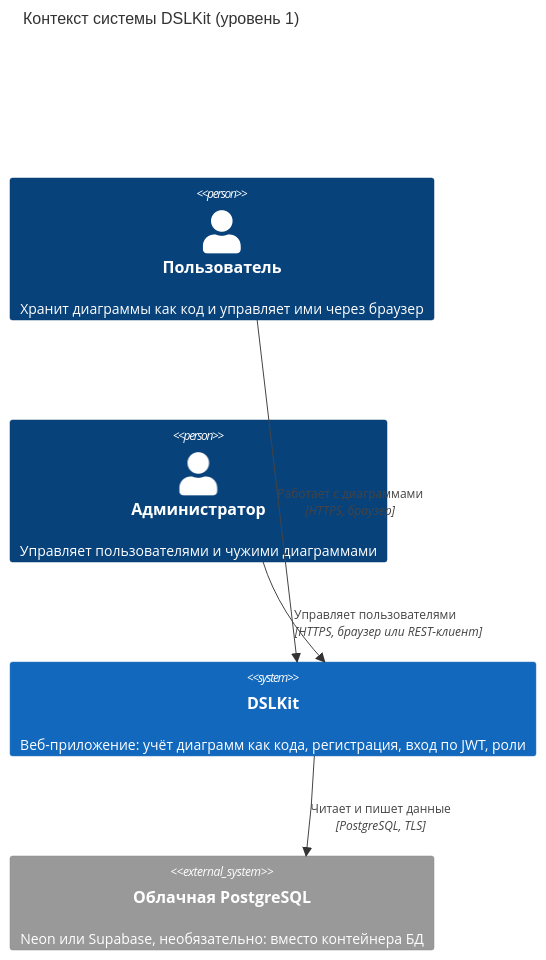
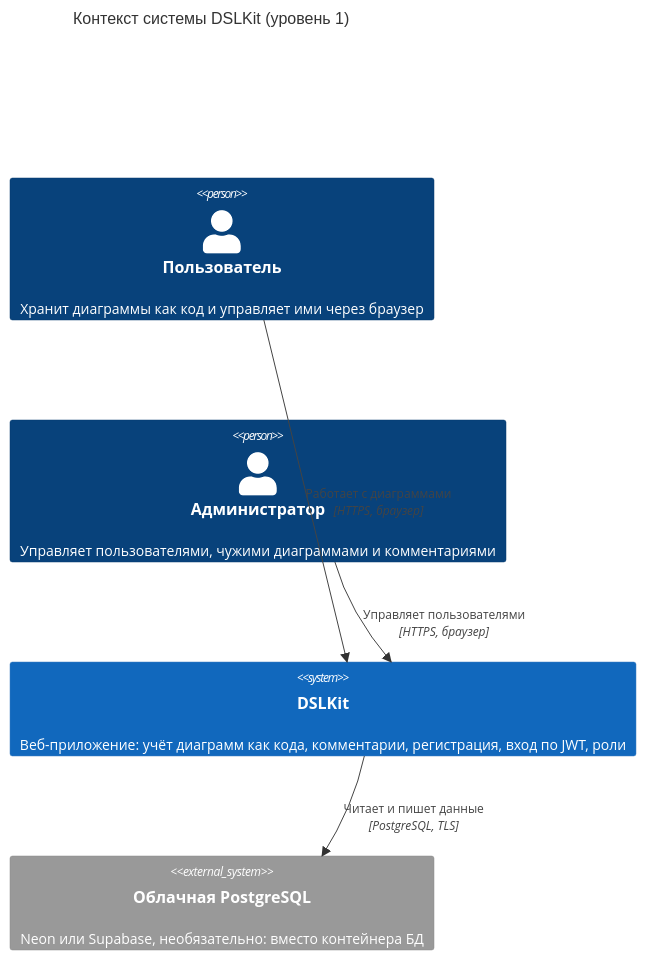
Before and after one commit to KsushaKhadzhinova/DSLKit-Project: the diagram in course-project/diagrams/c4-context.mmd, drawn with Mermaid. The commit also changed 5 other files, not shown here.

Commit message:
docs(course): note and diagrams for comments, React Router and the admin screen

```diff
--- a/course-project/diagrams/c4-context.mmd
+++ b/course-project/diagrams/c4-context.mmd
@@ -1,13 +1,13 @@
 C4Context
   title Контекст системы DSLKit (уровень 1)
 
   Person(user, "Пользователь", "Хранит диаграммы как код и управляет ими через браузер")
-  Person(admin, "Администратор", "Управляет пользователями и чужими диаграммами")
+  Person(admin, "Администратор", "Управляет пользователями, чужими диаграммами и комментариями")
 
-  System(dslkit, "DSLKit", "Веб-приложение: учёт диаграмм как кода, регистрация, вход по JWT, роли")
+  System(dslkit, "DSLKit", "Веб-приложение: учёт диаграмм как кода, комментарии, регистрация, вход по JWT, роли")
 
   System_Ext(cloud_db, "Облачная PostgreSQL", "Neon или Supabase, необязательно: вместо контейнера БД")
 
   Rel(user, dslkit, "Работает с диаграммами", "HTTPS, браузер")
-  Rel(admin, dslkit, "Управляет пользователями", "HTTPS, браузер или REST-клиент")
+  Rel(admin, dslkit, "Управляет пользователями", "HTTPS, браузер")
   Rel(dslkit, cloud_db, "Читает и пишет данные", "PostgreSQL, TLS")
```
